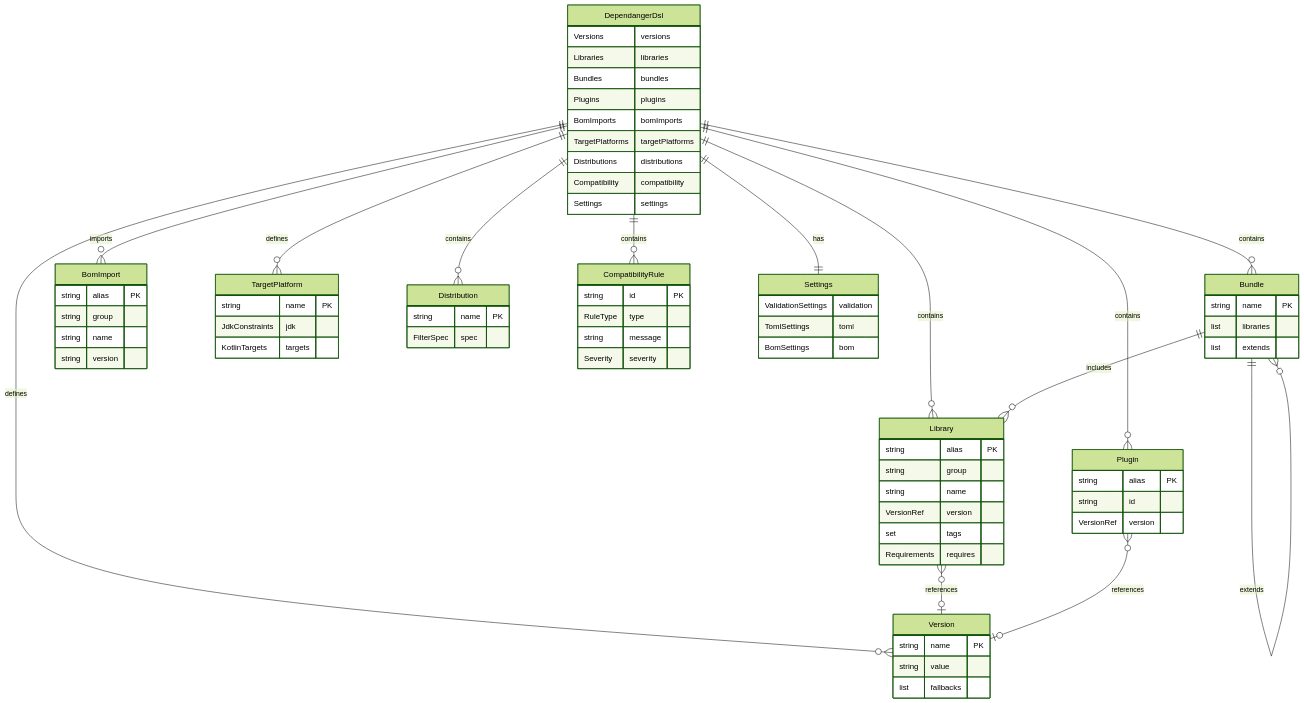
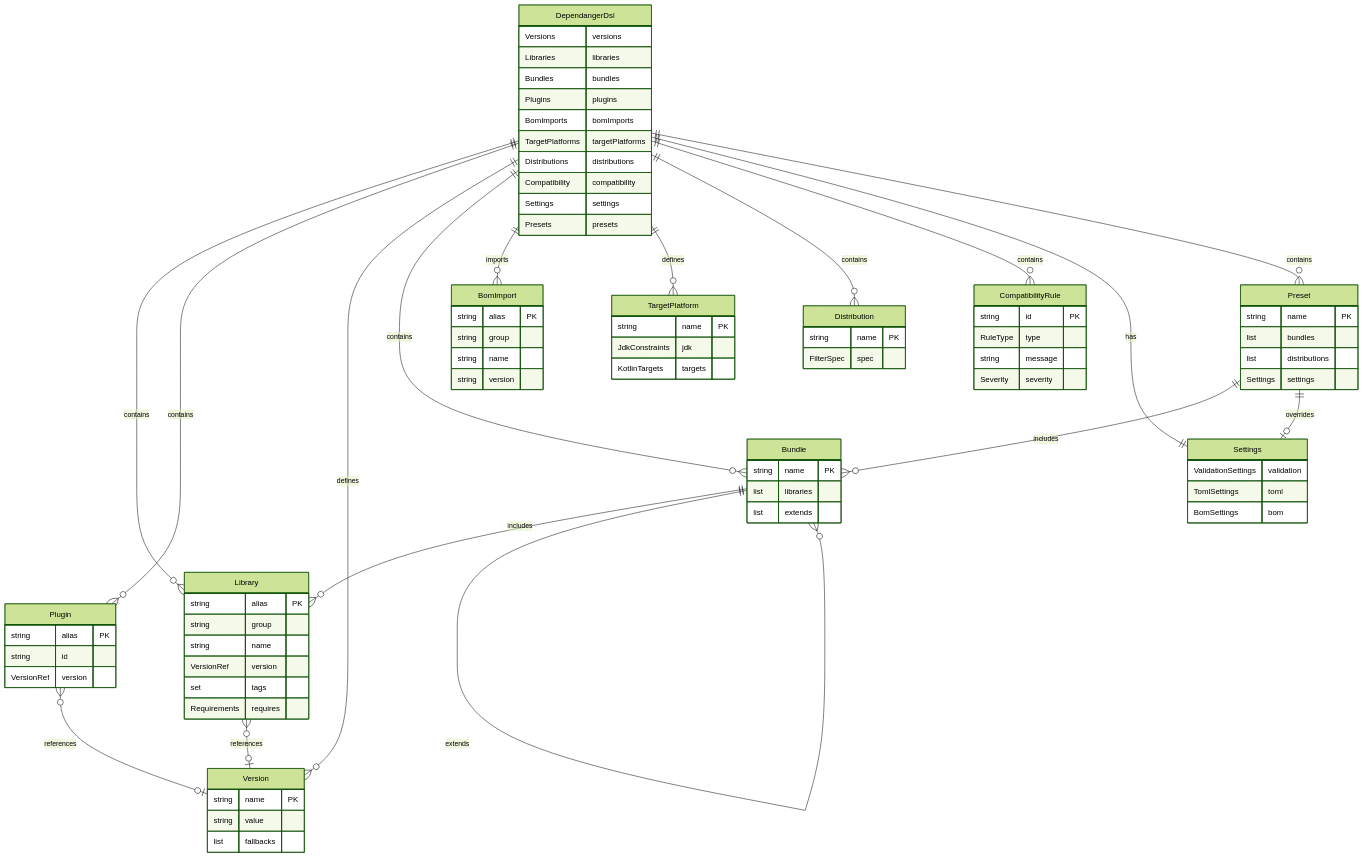
One commit to zenhelix/dependanger changed the second of 3 diagrams in docs/01-concepts/domain-model.adoc. Above: the diagram before and after it, drawn with Mermaid (forest theme). The commit also changed other lines of this file and 9 other files, not shown here.

```diff
--- a/docs/01-concepts/domain-model.adoc
+++ b/docs/01-concepts/domain-model.adoc
@@ -101,10 +101,13 @@
     DependangerDsl ||--o{ Distribution : contains
     DependangerDsl ||--o{ CompatibilityRule : contains
     DependangerDsl ||--|| Settings : has
+    DependangerDsl ||--o{ Preset : contains
     Bundle ||--o{ Library : includes
     Bundle ||--o{ Bundle : extends
     Library }o--o| Version : references
     Plugin }o--o| Version : references
+    Preset ||--o{ Bundle : includes
+    Preset ||--o| Settings : overrides
 
     DependangerDsl {
         Versions versions
@@ -116,6 +119,7 @@
         Distributions distributions
         Compatibility compatibility
         Settings settings
+        Presets presets
     }
 
     Library {
@@ -175,4 +179,11 @@
         TomlSettings toml
         BomSettings bom
     }
+
+    Preset {
+        string name PK
+        list bundles
+        list distributions
+        Settings settings
+    }
 ----
```
